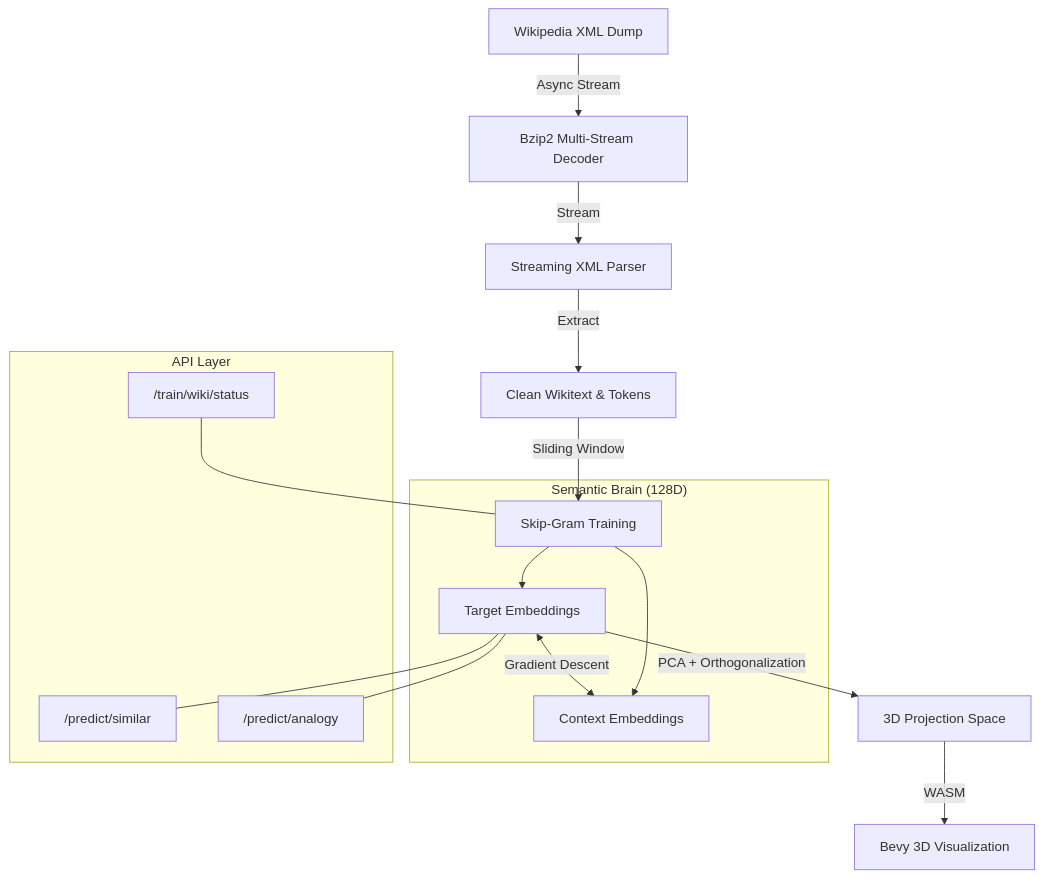
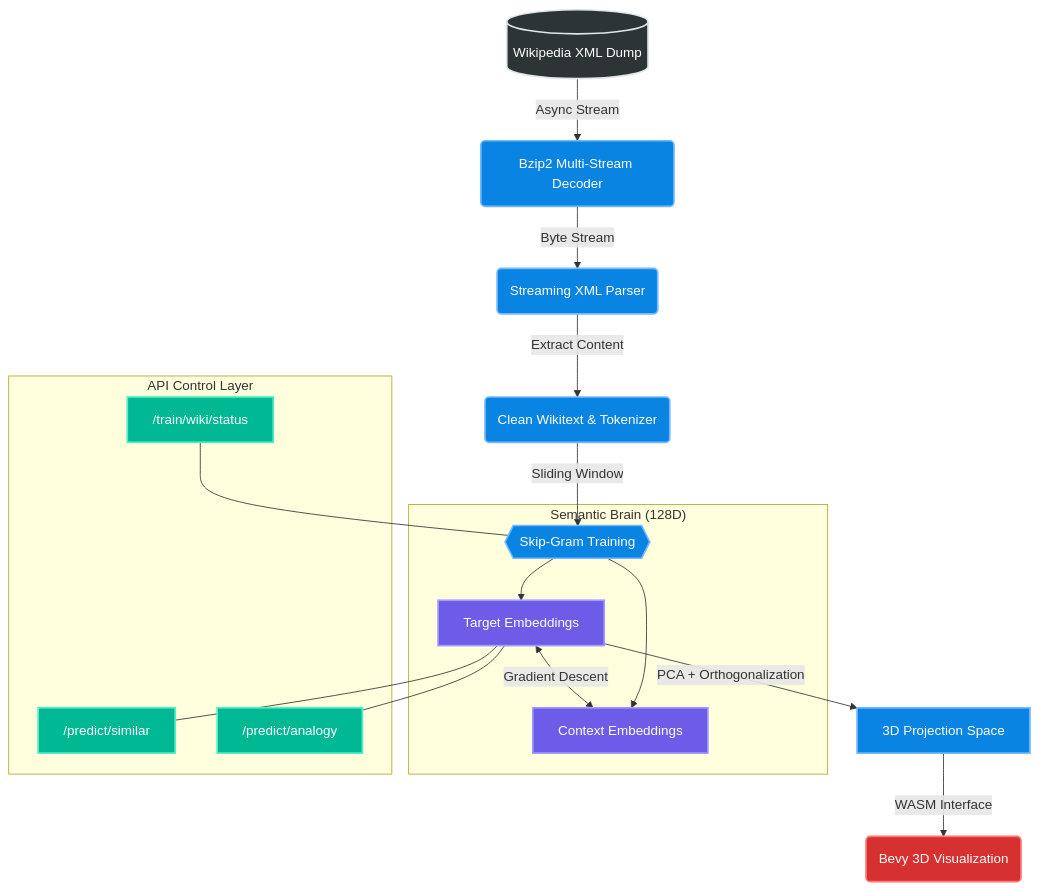
One commit to SinghZoren/public-vector-db-visualizer changed the first of 2 diagrams in README.md. Above: the diagram before and after it, drawn with Mermaid. The commit also changed other lines of this file, not shown here.

Commit message:
fixed readme again

````diff
--- a/README.md
+++ b/README.md
@@ -7,26 +8,33 @@
 ```mermaid
 graph TD
-    A[Wikipedia XML Dump] -->|Async Stream| B[Bzip2 Multi-Stream Decoder]
-    B -->|Stream| C[Streaming XML Parser]
-    C -->|Extract| D[Clean Wikitext & Tokens]
-    D -->|Sliding Window| E[Skip-Gram Training]
+    %% Global Styling
+    classDef data fill:#2d3436,stroke:#dfe6e9,stroke-width:2px,color:#fff;
+    classDef process fill:#0984e3,stroke:#74b9ff,stroke-width:2px,color:#fff;
+    classDef storage fill:#6c5ce7,stroke:#a29bfe,stroke-width:2px,color:#fff;
+    classDef api fill:#00b894,stroke:#55efc4,stroke-width:2px,color:#fff;
+    classDef frontend fill:#d63031,stroke:#ff7675,stroke-width:2px,color:#fff;
+
+    A[(Wikipedia XML Dump)]:::data -->|Async Stream| B(Bzip2 Multi-Stream Decoder):::process
+    B -->|Byte Stream| C(Streaming XML Parser):::process
+    C -->|Extract Content| D(Clean Wikitext & Tokenizer):::process
+    D -->|Sliding Window| E{{Skip-Gram Training}}:::process
     
     subgraph "Semantic Brain (128D)"
-    E --> F[Target Embeddings]
-    E --> G[Context Embeddings]
+    E --> F[Target Embeddings]:::storage
+    E --> G[Context Embeddings]:::storage
     F <-->|Gradient Descent| G
     end
     
-    F -->|PCA + Orthogonalization| H[3D Projection Space]
-    H -->|WASM| I[Bevy 3D Visualization]
+    F -->|PCA + Orthogonalization| H[3D Projection Space]:::process
+    H -->|WASM Interface| I(Bevy 3D Visualization):::frontend
     
-    subgraph "API Layer"
-    J["/predict/similar"]
-    K["/predict/analogy"]
-    L["/train/wiki/status"]
+    subgraph "API Control Layer"
+    J["/predict/similar"]:::api
+    K["/predict/analogy"]:::api
+    L["/train/wiki/status"]:::api
     end
     
     F --- J
     F --- K
     L --- E
 ```
````
